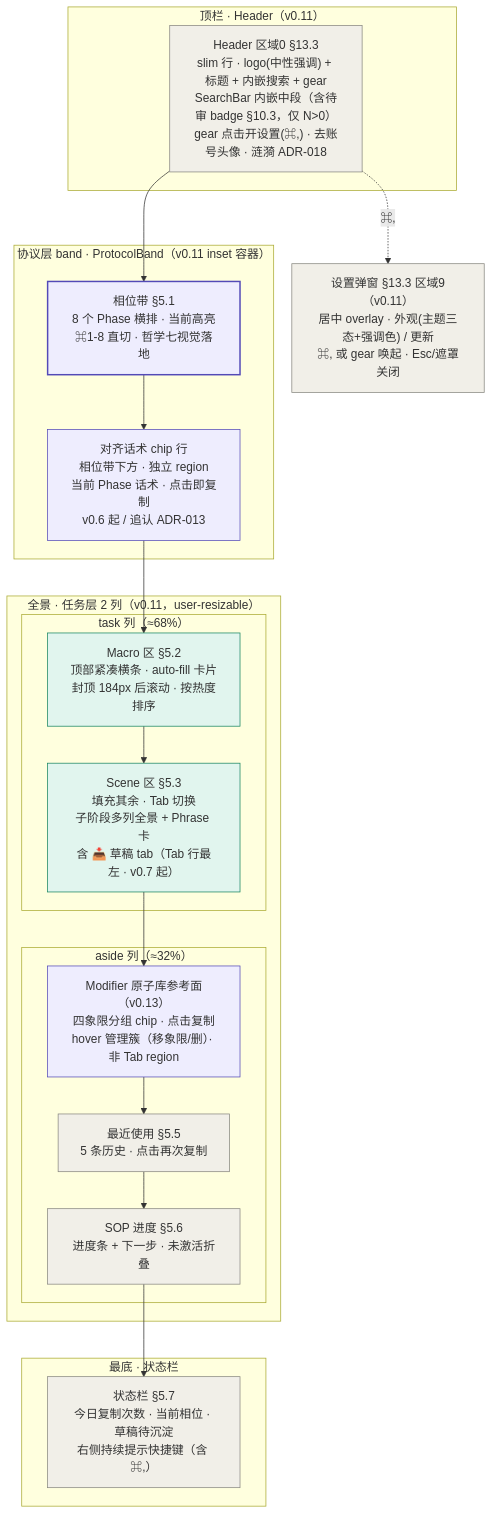
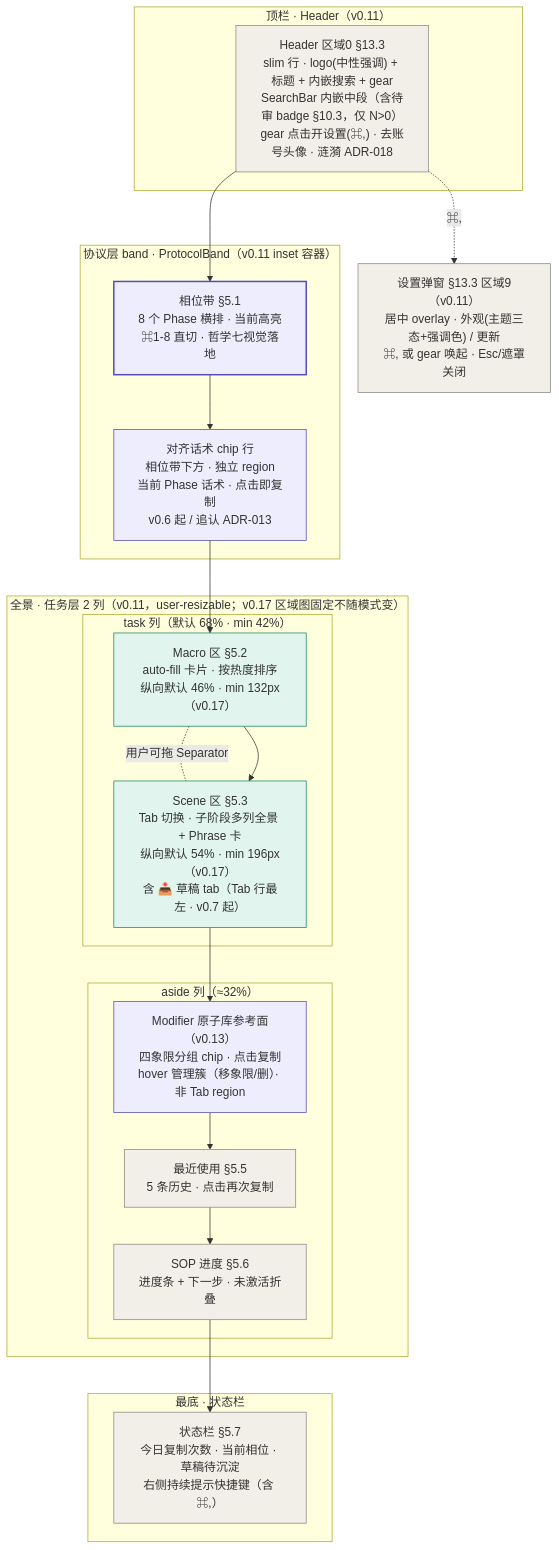
Before and after one commit to HuiW86/prompt-hub: the fourth of 4 diagrams in docs/design/03-product-spec.md, drawn with Mermaid. The commit also changed other lines of this file and 6 other files, not shown here.

````diff
--- a/docs/design/03-product-spec.md
+++ b/docs/design/03-product-spec.md
@@ -593,50 +602,51 @@
 ```mermaid
 graph TD
     subgraph 顶栏["顶栏 · Header（v0.11）"]
         H["Header 区域0 §13.3<br/>slim 行 · logo(中性强调) + 标题 + 内嵌搜索 + gear<br/>SearchBar 内嵌中段（含待审 badge §10.3，仅 N>0）<br/>gear 点击开设置(⌘,) · 去账号头像 · 涟漪 ADR-018"]
     end
 
     subgraph 协议带["协议层 band · ProtocolBand（v0.11 inset 容器）"]
         P["相位带 §5.1<br/>8 个 Phase 横排 · 当前高亮<br/>⌘1-8 直切 · 哲学七视觉落地"]
         AP["对齐话术 chip 行<br/>相位带下方 · 独立 region<br/>当前 Phase 话术 · 点击即复制<br/>v0.6 起 / 追认 ADR-013"]
     end
 
-    subgraph 全景["全景 · 任务层 2 列（v0.11，user-resizable）"]
-        subgraph 任务列["task 列（≈68%）"]
-            M["Macro 区 §5.2<br/>顶部紧凑横条 · auto-fill 卡片<br/>封顶 184px 后滚动 · 按热度排序"]
-            SC["Scene 区 §5.3<br/>填充其余 · Tab 切换<br/>子阶段多列全景 + Phrase 卡<br/>含 📥 草稿 tab（Tab 行最左 · v0.7 起）"]
+    subgraph 全景["全景 · 任务层 2 列（v0.11，user-resizable；v0.17 区域图固定不随模式变）"]
+        subgraph 任务列["task 列（默认 68% · min 42%）"]
+            M["Macro 区 §5.2<br/>auto-fill 卡片 · 按热度排序<br/>纵向默认 46% · min 132px（v0.17）"]
+            SC["Scene 区 §5.3<br/>Tab 切换 · 子阶段多列全景 + Phrase 卡<br/>纵向默认 54% · min 196px（v0.17）<br/>含 📥 草稿 tab（Tab 行最左 · v0.7 起）"]
+            M -.用户可拖 Separator.- SC
         end
         subgraph 辅列["aside 列（≈32%）"]
             MOD["Modifier 原子库参考面（v0.13）<br/>四象限分组 chip · 点击复制<br/>hover 管理簇（移象限/删）· 非 Tab region"]
             R["最近使用 §5.5<br/>5 条历史 · 点击再次复制"]
             SOP["SOP 进度 §5.6<br/>进度条 + 下一步 · 未激活折叠"]
         end
     end
 
     subgraph 最底["最底 · 状态栏"]
         ST["状态栏 §5.7<br/>今日复制次数 · 当前相位 · 草稿待沉淀<br/>右侧持续提示快捷键（含 ⌘,）"]
     end
 
     SET["设置弹窗 §13.3 区域9（v0.11）<br/>居中 overlay · 外观(主题三态+强调色) / 更新<br/>⌘, 或 gear 唤起 · Esc/遮罩关闭"]
 
     H --> P
     P --> AP
     AP --> M
     M --> SC
     SC --> MOD
     MOD --> R
     R --> SOP
     SOP --> ST
     H -.⌘,.-> SET
 
     style H fill:#F1EFE8,stroke:#888780,stroke-width:1px
     style P fill:#EEEDFE,stroke:#534AB7,stroke-width:2px
     style AP fill:#EEEDFE,stroke:#534AB7,stroke-width:1px
     style M fill:#E1F5EE,stroke:#178561,stroke-width:1px
     style SC fill:#E1F5EE,stroke:#178561,stroke-width:1px
     style MOD fill:#EEEDFE,stroke:#534AB7,stroke-width:1px
     style R fill:#F1EFE8,stroke:#888780,stroke-width:1px
     style SOP fill:#F1EFE8,stroke:#888780,stroke-width:1px
     style ST fill:#F1EFE8,stroke:#888780,stroke-width:1px
     style SET fill:#F1EFE8,stroke:#888780,stroke-width:1px
 ```
````
